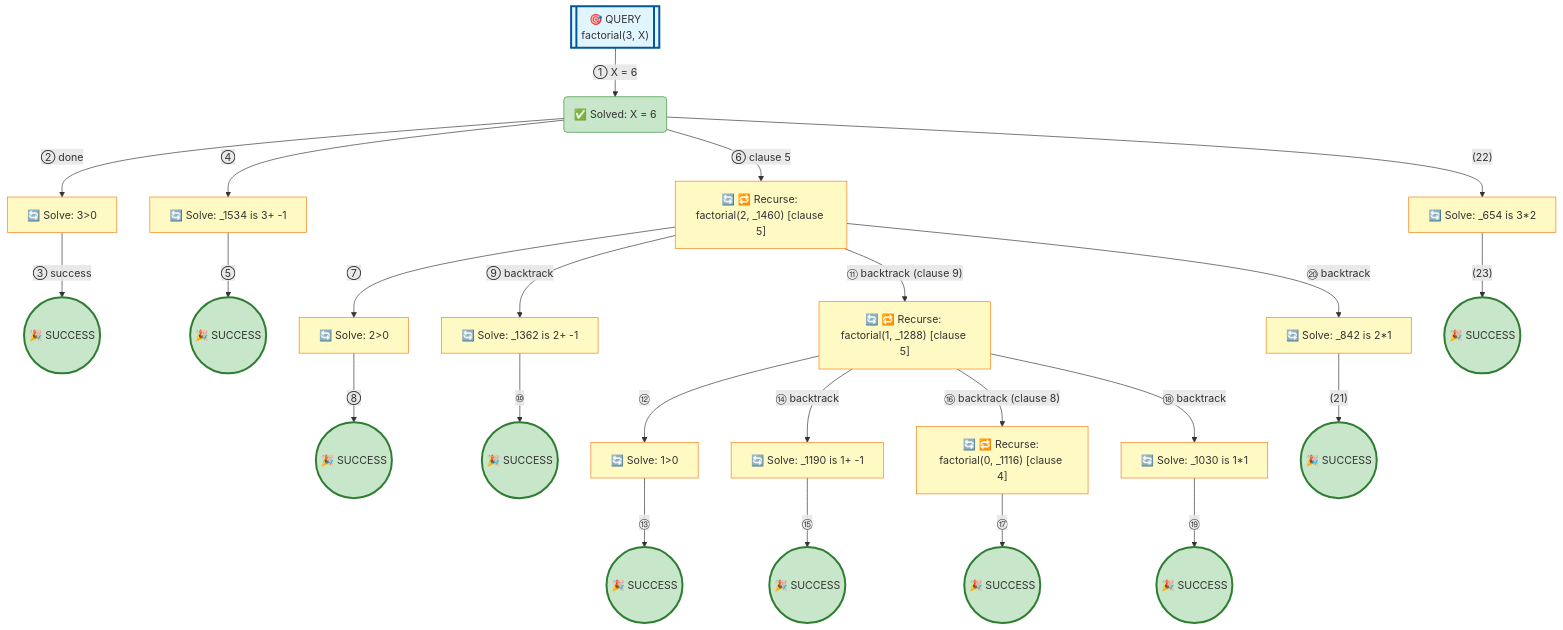
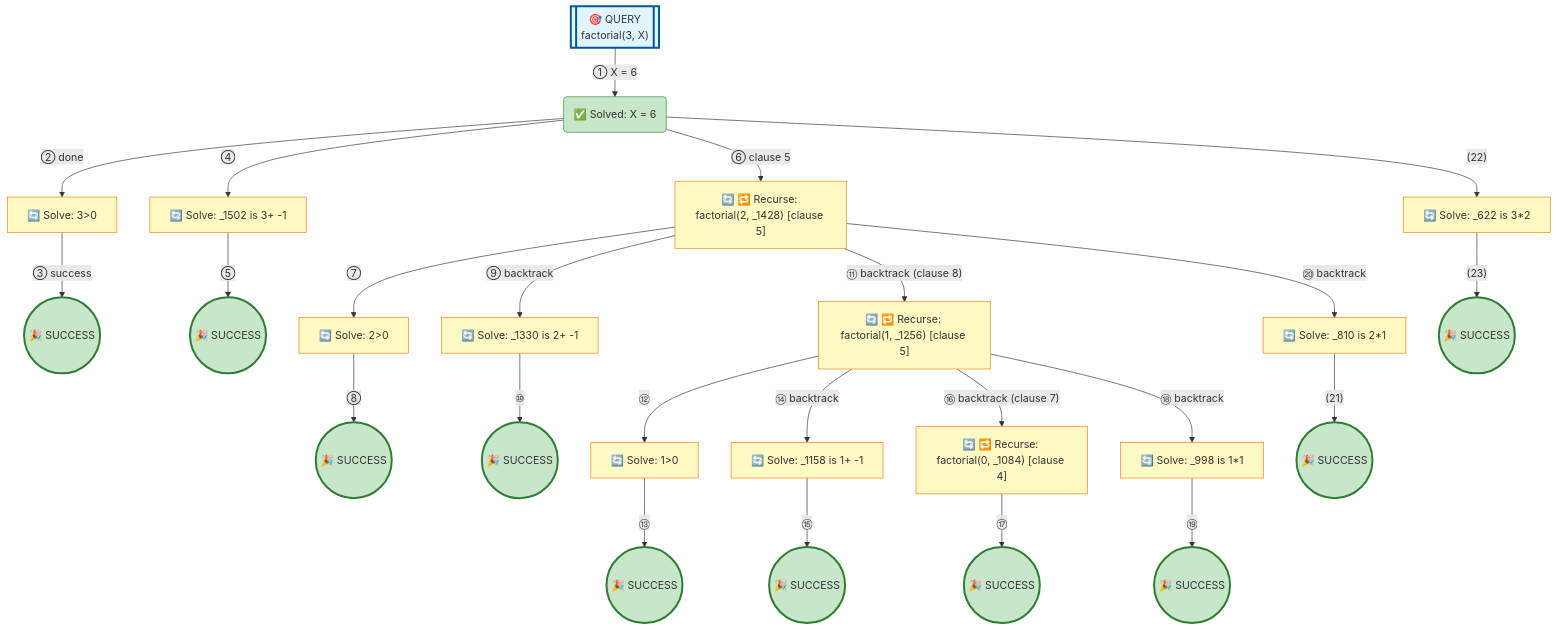
One commit to jarecsni/prolog-trace-viz changed the diagram in examples/factorial-standard.md. Above: the diagram before and after it, drawn with Mermaid. The commit also changed other lines of this file and 17 other files, not shown here.

````diff
--- a/examples/factorial-standard.md
+++ b/examples/factorial-standard.md
@@ -18,80 +18,80 @@
 ```mermaid
 graph TD
 
 %% Nodes
 A[["🎯 QUERY<br/>factorial(3, X)"]]
 B("✅ Solved: X = 6")
 C["🔄 Solve: 3>0"]
 D(("🎉 SUCCESS"))
-E["🔄 Solve: _1534 is 3+ -1"]
+E["🔄 Solve: _1502 is 3+ -1"]
 F(("🎉 SUCCESS"))
-G["🔄 🔁 Recurse: factorial(2, _1460) [clause 5]"]
+G["🔄 🔁 Recurse: factorial(2, _1428) [clause 5]"]
 H["🔄 Solve: 2>0"]
 I(("🎉 SUCCESS"))
-J["🔄 Solve: _1362 is 2+ -1"]
+J["🔄 Solve: _1330 is 2+ -1"]
 K(("🎉 SUCCESS"))
-L["🔄 🔁 Recurse: factorial(1, _1288) [clause 5]"]
+L["🔄 🔁 Recurse: factorial(1, _1256) [clause 5]"]
 M["🔄 Solve: 1>0"]
 N(("🎉 SUCCESS"))
-O["🔄 Solve: _1190 is 1+ -1"]
+O["🔄 Solve: _1158 is 1+ -1"]
 P(("🎉 SUCCESS"))
-Q["🔄 🔁 Recurse: factorial(0, _1116) [clause 4]"]
+Q["🔄 🔁 Recurse: factorial(0, _1084) [clause 4]"]
 R(("🎉 SUCCESS"))
-S["🔄 Solve: _1030 is 1*1"]
+S["🔄 Solve: _998 is 1*1"]
 T(("🎉 SUCCESS"))
-U["🔄 Solve: _842 is 2*1"]
+U["🔄 Solve: _810 is 2*1"]
 V(("🎉 SUCCESS"))
-W["🔄 Solve: _654 is 3*2"]
+W["🔄 Solve: _622 is 3*2"]
 X(("🎉 SUCCESS"))
 
 %% Edges
 A -->|"① X = 6"| B
 B -->|"② done"| C
 C -->|"③ success"| D
 B -->|"④"| E
 E -->|"⑤"| F
 B -->|"⑥ clause 5"| G
 G -->|"⑦"| H
 H -->|"⑧"| I
 G -->|"⑨ backtrack"| J
 J -->|"⑩"| K
-G -->|"⑪ backtrack (clause 9)"| L
+G -->|"⑪ backtrack (clause 8)"| L
 L -->|"⑫"| M
 M -->|"⑬"| N
 L -->|"⑭ backtrack"| O
 O -->|"⑮"| P
-L -->|"⑯ backtrack (clause 8)"| Q
+L -->|"⑯ backtrack (clause 7)"| Q
 Q -->|"⑰"| R
 L -->|"⑱ backtrack"| S
 S -->|"⑲"| T
 G -->|"⑳ backtrack"| U
 U -->|"(21)"| V
 B -->|"(22)"| W
 W -->|"(23)"| X
 
 %% Styles
 style A fill:#e1f5ff,stroke:#01579b,stroke-width:3px
 style B fill:#c8e6c9,stroke:#388e3c
 style C fill:#fff9c4,stroke:#f57f17
 style D fill:#c8e6c9,stroke:#2e7d32,stroke-width:3px
 style E fill:#fff9c4,stroke:#f57f17
 style F fill:#c8e6c9,stroke:#2e7d32,stroke-width:3px
 style G fill:#fff9c4,stroke:#f57f17
 style H fill:#fff9c4,stroke:#f57f17
 style I fill:#c8e6c9,stroke:#2e7d32,stroke-width:3px
 style J fill:#fff9c4,stroke:#f57f17
 style K fill:#c8e6c9,stroke:#2e7d32,stroke-width:3px
 style L fill:#fff9c4,stroke:#f57f17
 style M fill:#fff9c4,stroke:#f57f17
 style N fill:#c8e6c9,stroke:#2e7d32,stroke-width:3px
 style O fill:#fff9c4,stroke:#f57f17
 style P fill:#c8e6c9,stroke:#2e7d32,stroke-width:3px
 style Q fill:#fff9c4,stroke:#f57f17
 style R fill:#c8e6c9,stroke:#2e7d32,stroke-width:3px
 style S fill:#fff9c4,stroke:#f57f17
 style T fill:#c8e6c9,stroke:#2e7d32,stroke-width:3px
 style U fill:#fff9c4,stroke:#f57f17
 style V fill:#c8e6c9,stroke:#2e7d32,stroke-width:3px
 style W fill:#fff9c4,stroke:#f57f17
 style X fill:#c8e6c9,stroke:#2e7d32,stroke-width:3px
 ```
````
